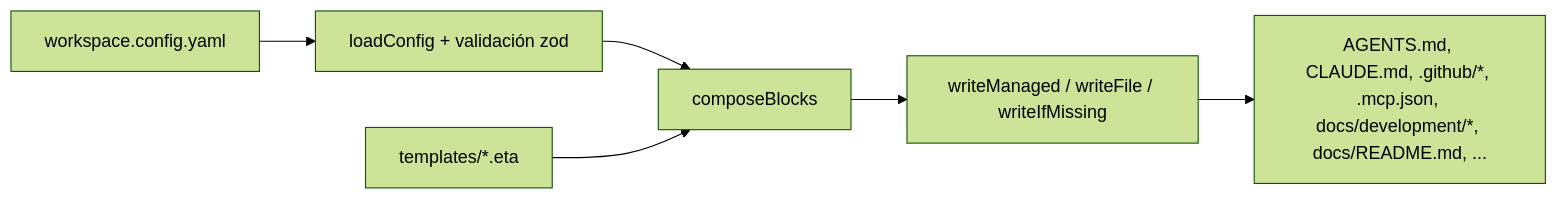
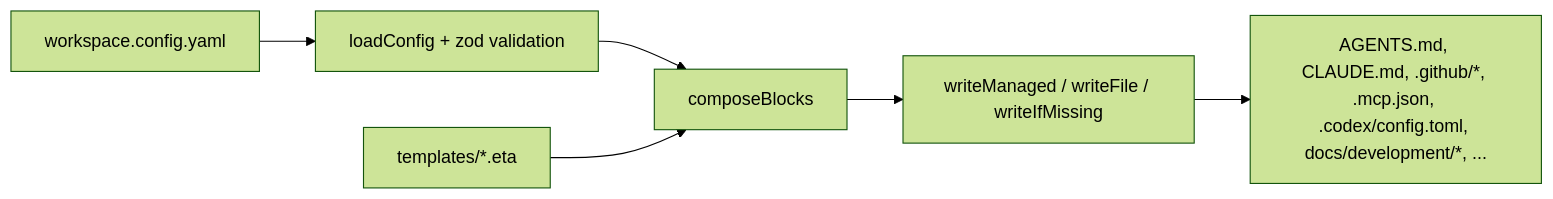
The first of 2 diagrams in docs/project/ARCHITECTURE.md (grojof/ai-workspace-generator), drawn with Mermaid (forest theme) before and after one commit. The commit also changed other lines of this file and 16 other files, not shown here.

````diff
--- a/docs/project/ARCHITECTURE.md
+++ b/docs/project/ARCHITECTURE.md
@@ -14,8 +12,8 @@
 ```mermaid
 flowchart LR
-  CFG["workspace.config.yaml"] --> LOAD["loadConfig + validación zod"]
+  CFG["workspace.config.yaml"] --> LOAD["loadConfig + zod validation"]
   LOAD --> COMPOSE[composeBlocks]
   TPL["templates/*.eta"] --> COMPOSE
   COMPOSE --> WRITE["writeManaged / writeFile / writeIfMissing"]
-  WRITE --> OUT["AGENTS.md, CLAUDE.md, .github/*, .mcp.json, docs/development/*, docs/README.md, ..."]
+  WRITE --> OUT["AGENTS.md, CLAUDE.md, .github/*, .mcp.json, .codex/config.toml, docs/development/*, ..."]
 ```
````
